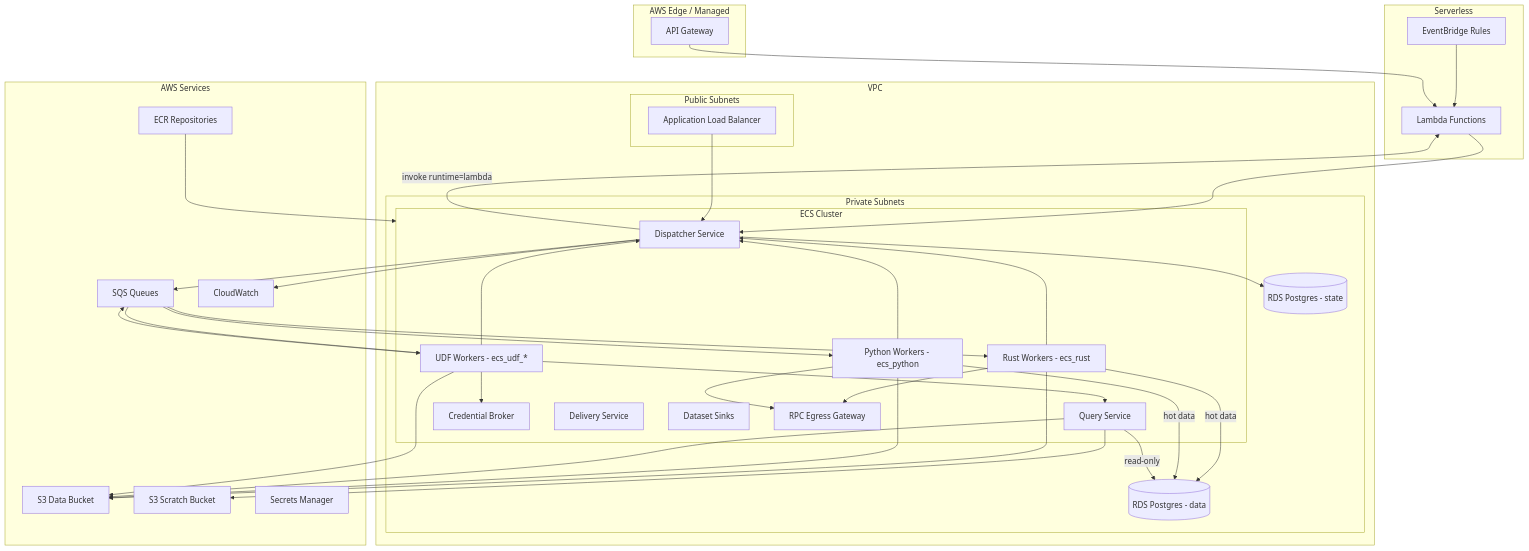
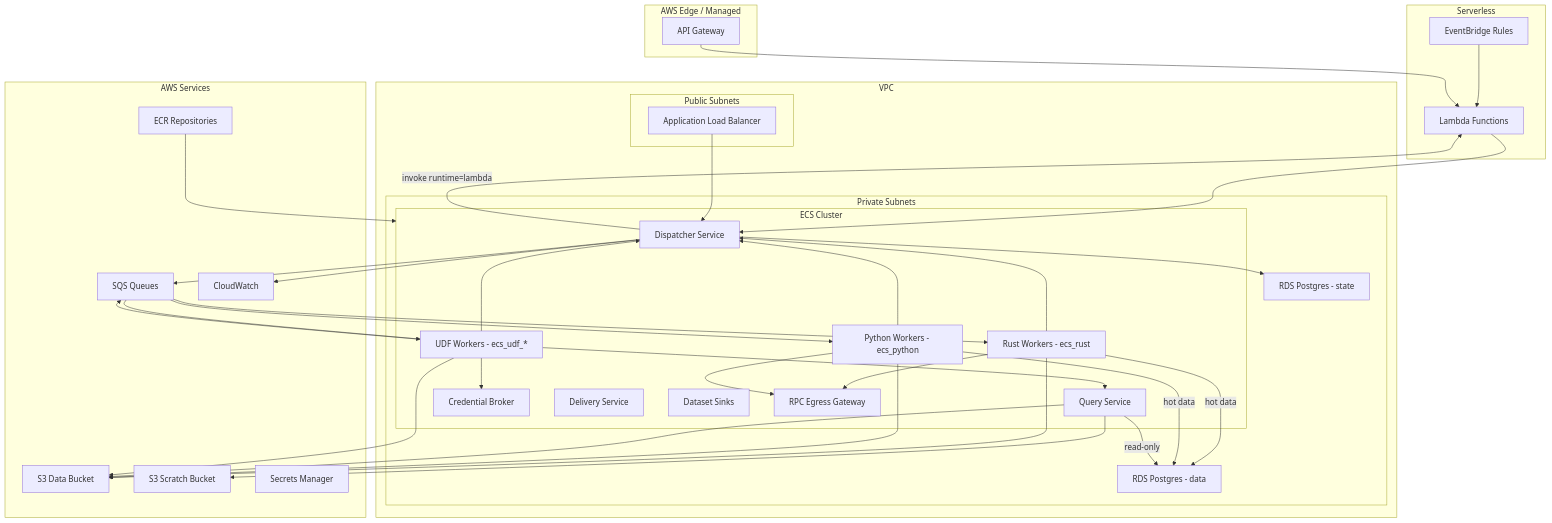
Before and after one commit to c7121/trace: the diagram in docs/deploy/infrastructure.md, drawn with Mermaid. The commit also changed 11 other files, not shown here.

````diff
--- a/docs/deploy/infrastructure.md
+++ b/docs/deploy/infrastructure.md
@@ -7,6 +7,6 @@
 ```mermaid
 flowchart TB
-    %% NOTE: API Gateway is an AWS-managed edge service (not deployed into subnets).
+    %% NOTE: API Gateway is an AWS-managed edge service, not deployed into subnets.
     %% If private integration is desired, use API Gateway VPC Link -> ALB/NLB.
     subgraph Edge["AWS Edge / Managed"]
         APIGW[API Gateway]
@@ -30,8 +30,8 @@
                 RPC_EGRESS[RPC Egress Gateway]
             end
 
-            RDS_STATE[(RDS Postgres - state)]
-            RDS_DATA[(RDS Postgres - data)]
+            RDS_STATE["RDS Postgres - state"]
+            RDS_DATA["RDS Postgres - data"]
         end
     end
 
````
